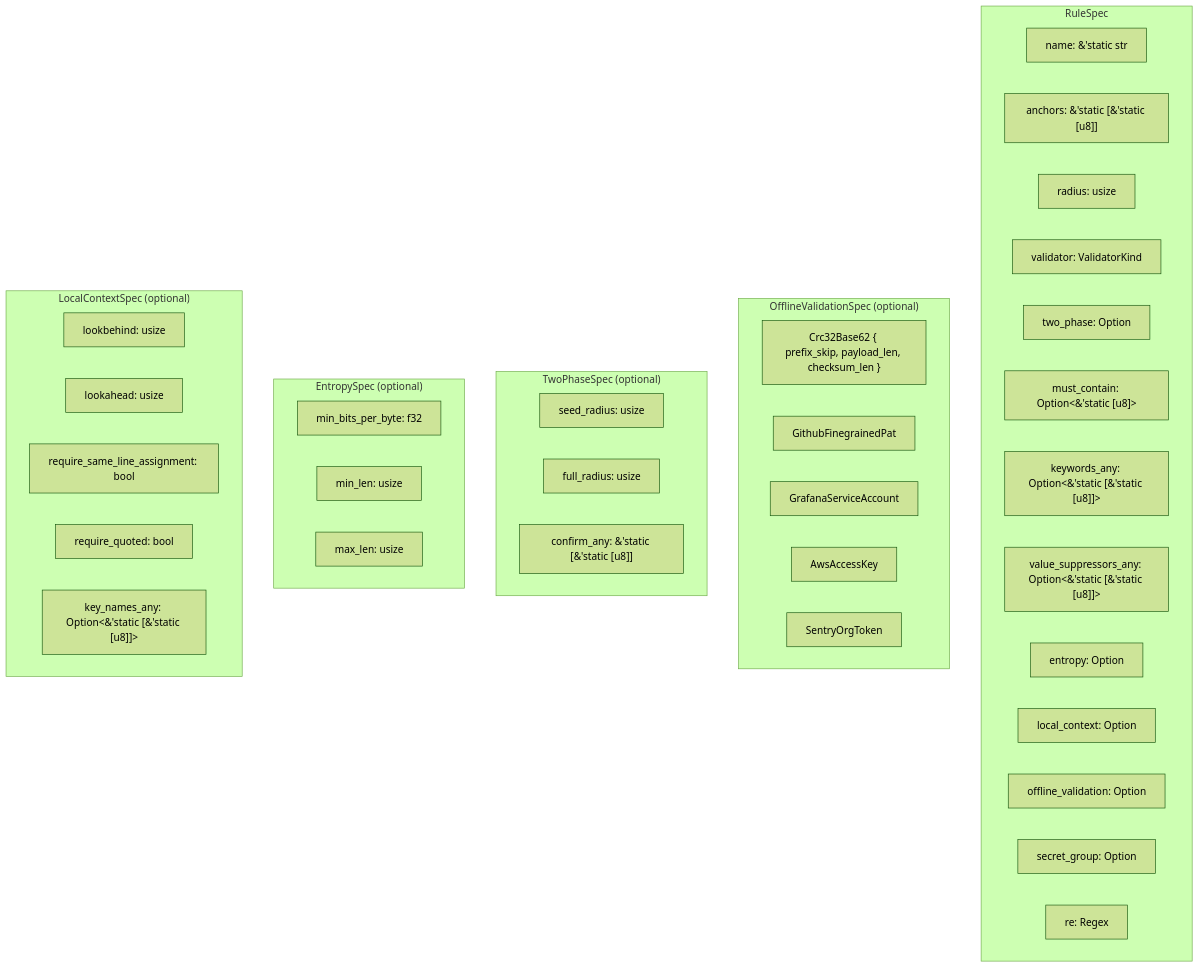
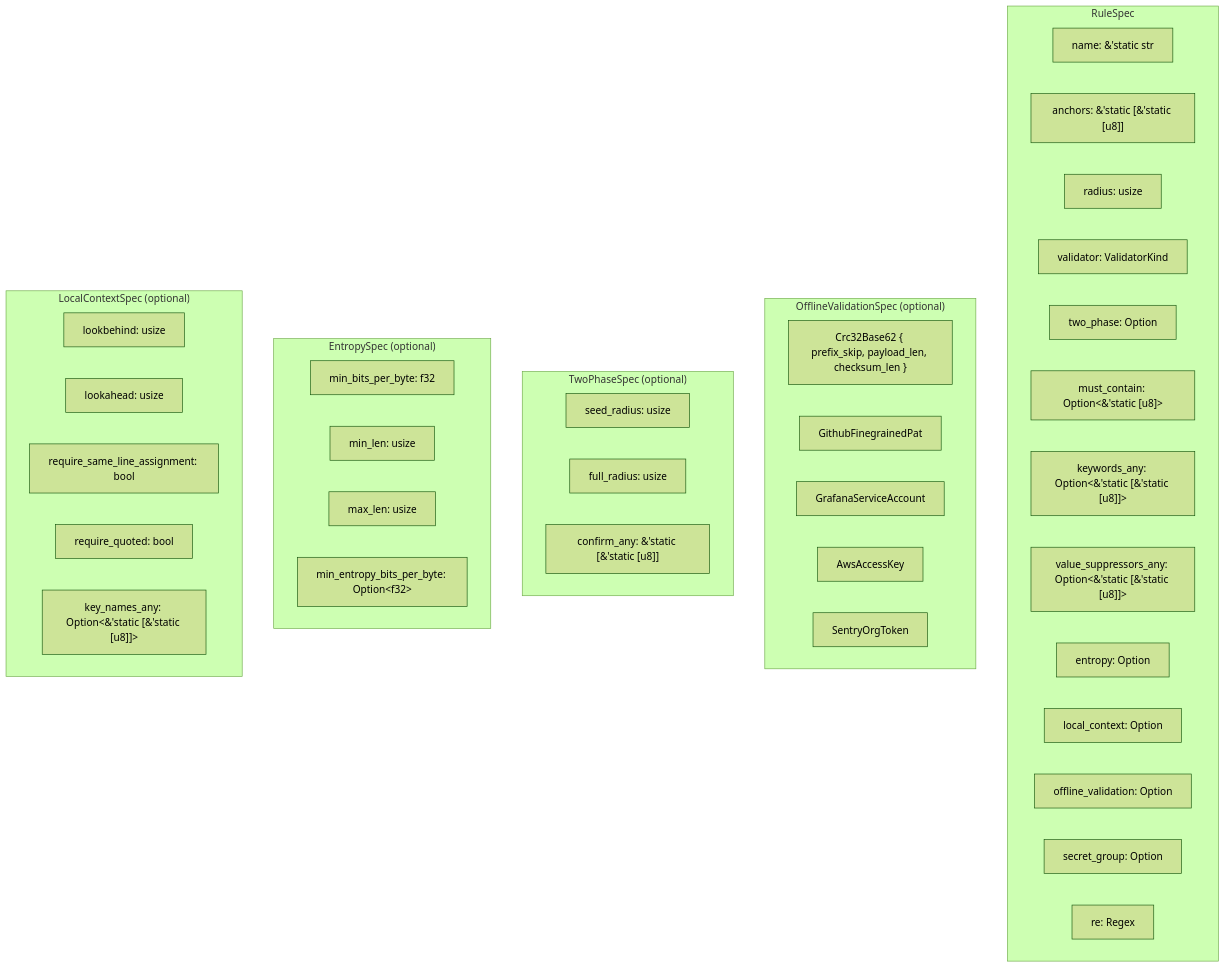
Before and after one commit to ahrav/scratch-scanner-rs: the second of 4 diagrams in docs/detection-rules.md, drawn with Mermaid (forest theme). The commit also changed 37 other files, not shown here.

````diff
--- a/docs/detection-rules.md
+++ b/docs/detection-rules.md
@@ -133,46 +133,47 @@
 ```mermaid
 graph TB
     subgraph RuleSpec["RuleSpec"]
         Name["name: &'static str"]
         Anchors["anchors: &'static [&'static [u8]]"]
         Radius["radius: usize"]
         Validator["validator: ValidatorKind"]
         TwoPhase["two_phase: Option<TwoPhaseSpec>"]
         MustContain["must_contain: Option<&'static [u8]>"]
         KeywordsAny["keywords_any: Option<&'static [&'static [u8]]>"]
         ValueSuppressorsAny["value_suppressors_any: Option<&'static [&'static [u8]]>"]
         Entropy["entropy: Option<EntropySpec>"]
         LocalContext["local_context: Option<LocalContextSpec>"]
         OfflineValidation["offline_validation: Option<OfflineValidationSpec>"]
         SecretGroup["secret_group: Option<u16>"]
         Regex["re: Regex"]
     end
 
     subgraph OfflineValidationSpec["OfflineValidationSpec (optional)"]
         OvCrc32["Crc32Base62 { prefix_skip, payload_len, checksum_len }"]
         OvGhPat["GithubFinegrainedPat"]
         OvGrafana["GrafanaServiceAccount"]
         OvAws["AwsAccessKey"]
         OvSentry["SentryOrgToken"]
     end
 
     subgraph TwoPhaseSpec["TwoPhaseSpec (optional)"]
         SeedRadius["seed_radius: usize"]
         FullRadius["full_radius: usize"]
         ConfirmAny["confirm_any: &'static [&'static [u8]]"]
     end
 
     subgraph EntropySpec["EntropySpec (optional)"]
         MinBpb["min_bits_per_byte: f32"]
         MinLen["min_len: usize"]
         MaxLen["max_len: usize"]
+        MinEntropyBpb["min_entropy_bits_per_byte: Option&lt;f32&gt;"]
     end
 
     subgraph LocalContextSpec["LocalContextSpec (optional)"]
         Lookbehind["lookbehind: usize"]
         Lookahead["lookahead: usize"]
         SameLine["require_same_line_assignment: bool"]
         Quoted["require_quoted: bool"]
         KeyNames["key_names_any: Option<&'static [&'static [u8]]>"]
     end
 ```
````
